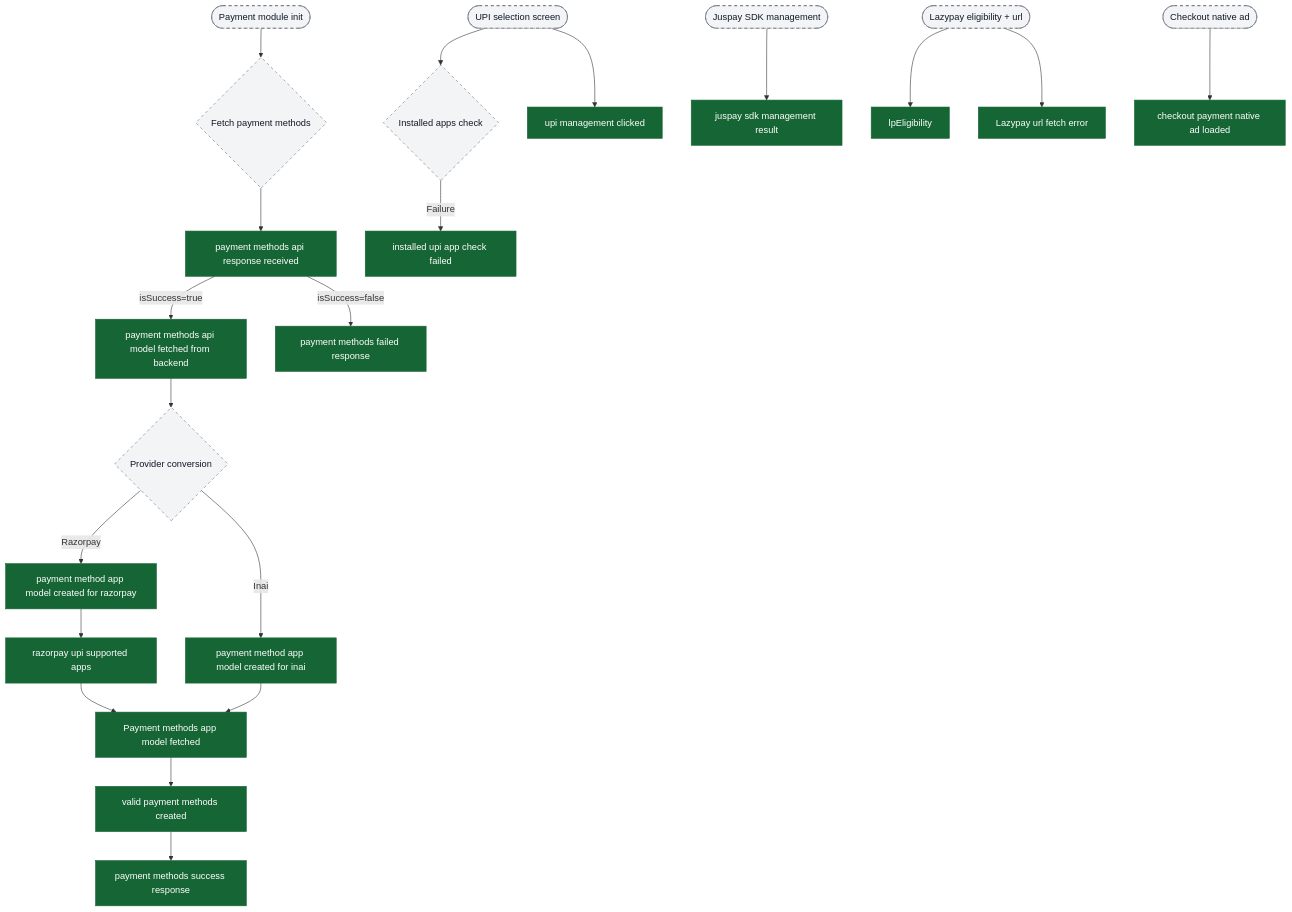
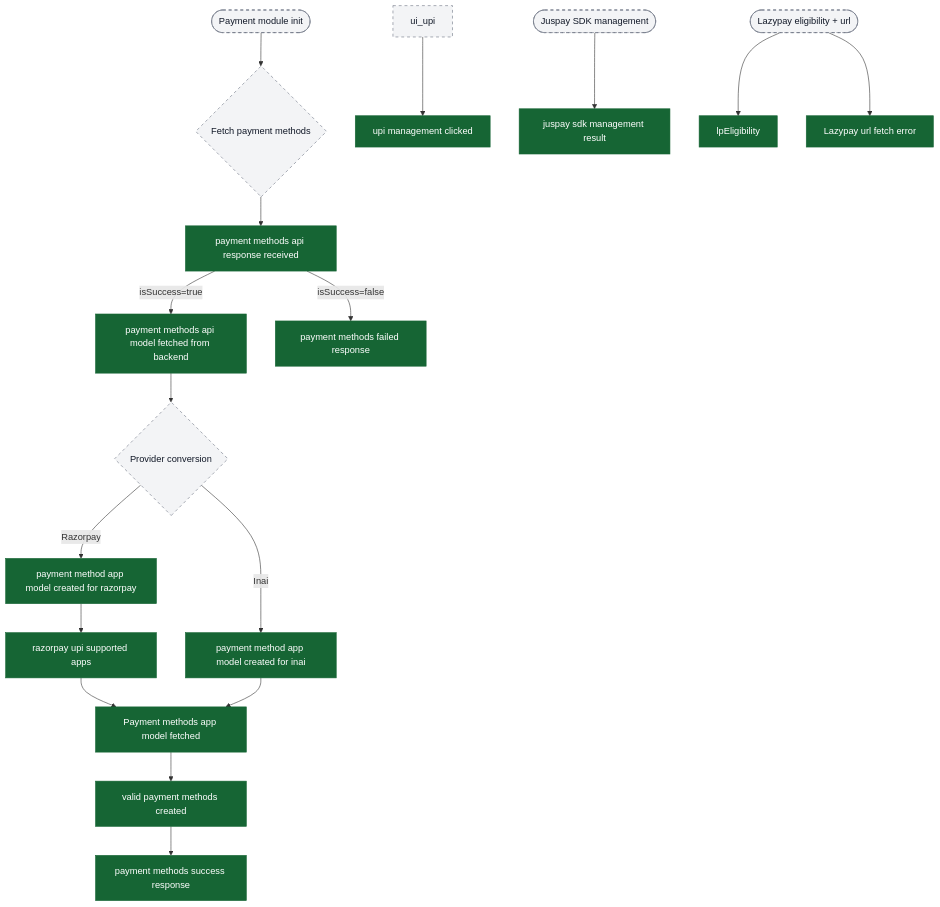
One commit to ratulsarna/chalo-app-dashboard changed diagram 11 of 11 in content/analytics/payment/flow-diagrams.md. Above: the diagram before and after it, drawn with Mermaid. The commit also changed other lines of this file and 1 other file, not shown here.

Commit message:
feat(analytics): update event properties and flow diagrams for payment processing, enhancing error handling and user interaction tracking

````diff
--- a/content/analytics/payment/flow-diagrams.md
+++ b/content/analytics/payment/flow-diagrams.md
@@ -512,35 +505,31 @@
 ```mermaid
 flowchart TD
   ui_paymentInit([Payment module init]) --> ui_methods{Fetch payment methods}
   ui_methods --> ev_methodsApiResp["payment methods api response received"]
   ev_methodsApiResp -->|isSuccess=true| ev_methodsApiModel["payment methods api model fetched from backend"]
   ev_methodsApiResp -->|isSuccess=false| ev_methodsFail["payment methods failed response"]
 
   ev_methodsApiModel --> ui_provider{Provider conversion}
   ui_provider -->|Razorpay| ev_appRazor["payment method app model created for razorpay"]
   ui_provider -->|Inai| ev_appInai["payment method app model created for inai"]
 
   ev_appRazor --> ev_rzpApps["razorpay upi supported apps"]
   ev_rzpApps --> ev_appFetched["Payment methods app model fetched"]
   ev_appInai --> ev_appFetched
 
   ev_appFetched --> ev_validMethods["valid payment methods created"]
   ev_validMethods --> ev_methodsOk["payment methods success response"]
 
-  ui_upi([UPI selection screen]) --> ui_upiCheck{Installed apps check}
-  ui_upiCheck -->|Failure| ev_upiCheckFail["installed upi app check failed"]
   ui_upi --> ev_upiMgmt["upi management clicked"]
 
   ui_juspay([Juspay SDK management]) --> ev_juspayResult["juspay sdk management result"]
 
   ui_lazypay([Lazypay eligibility + url]) --> ev_lpEligibility["lpEligibility"]
   ui_lazypay --> ev_lpUrlFail["Lazypay url fetch error"]
 
-  ui_ads([Checkout native ad]) --> ev_nativeAdLoaded["checkout payment native ad loaded"]
-
   classDef event fill:#166534,stroke:#166534,color:#ffffff;
   classDef ui fill:#f3f4f6,stroke:#6b7280,stroke-dasharray: 5 5,color:#111827;
 
-  class ev_methodsApiResp,ev_methodsApiModel,ev_appRazor,ev_appInai,ev_rzpApps,ev_appFetched,ev_validMethods,ev_methodsOk,ev_methodsFail,ev_upiCheckFail,ev_upiMgmt,ev_juspayResult,ev_lpEligibility,ev_lpUrlFail,ev_nativeAdLoaded event;
-  class ui_paymentInit,ui_methods,ui_provider,ui_upi,ui_upiCheck,ui_juspay,ui_lazypay,ui_ads ui;
+  class ev_methodsApiResp,ev_methodsApiModel,ev_appRazor,ev_appInai,ev_rzpApps,ev_appFetched,ev_validMethods,ev_methodsOk,ev_methodsFail,ev_upiMgmt,ev_juspayResult,ev_lpEligibility,ev_lpUrlFail event;
+  class ui_paymentInit,ui_methods,ui_provider,ui_upi,ui_juspay,ui_lazypay ui;
 ```
````
